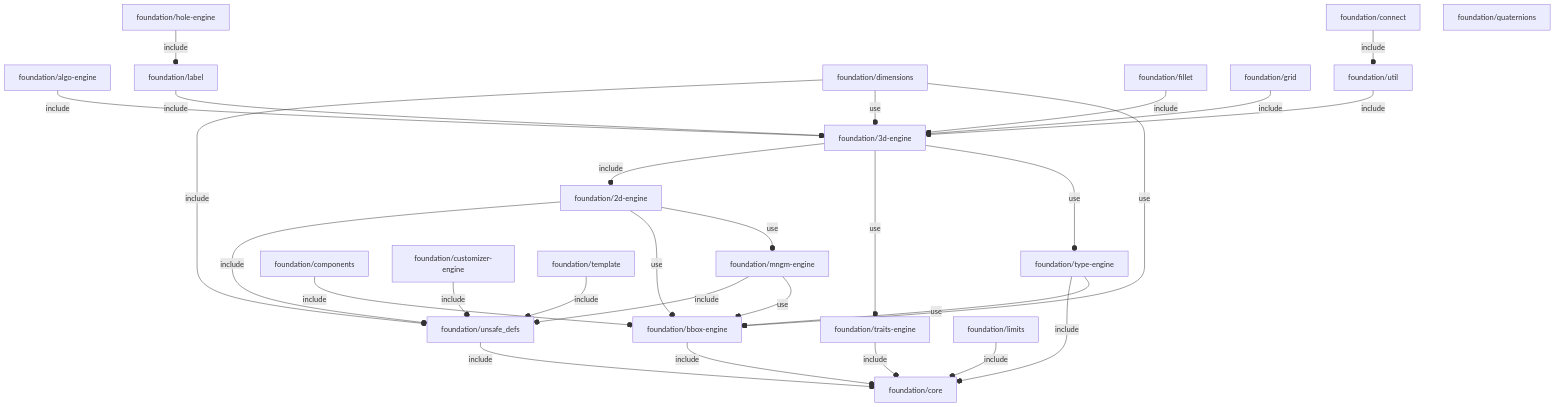
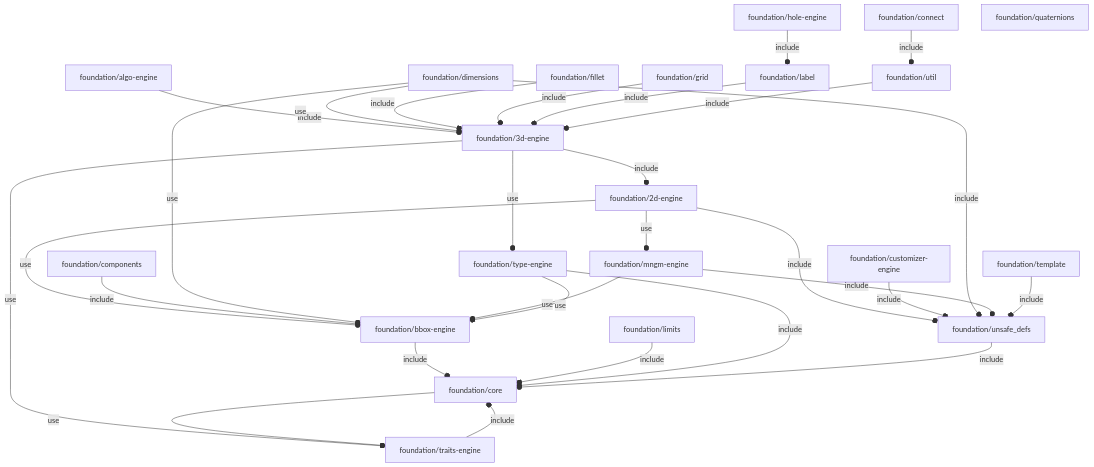
One commit to ggabbiani/OFL changed the diagram in orthodocs/foundation/deps.md. Above: the diagram before and after it, drawn with Mermaid. The commit also changed 18 other files, not shown here.

````diff
--- a/orthodocs/foundation/deps.md
+++ b/orthodocs/foundation/deps.md
@@ -3,32 +3,32 @@
 ```mermaid
 graph TD
     A1[foundation/2d-engine] --o|include| A2[foundation/unsafe_defs]
     A1 --o|use| A3[foundation/bbox-engine]
     A1 --o|use| A4[foundation/mngm-engine]
     A5[foundation/3d-engine] --o|include| A1
     A5 --o|use| A6[foundation/traits-engine]
     A5 --o|use| A7[foundation/type-engine]
     A8[foundation/algo-engine] --o|include| A5
     A3 --o|include| A9[foundation/core]
     A10[foundation/components] --o|include| A3
     A11[foundation/connect] --o|include| A12[foundation/util]
-    A9
+    A9 --o|use| A6
     A13[foundation/customizer-engine] --o|include| A2
     A14[foundation/dimensions] --o|include| A2
     A14 --o|use| A5
     A14 --o|use| A3
     A15[foundation/fillet] --o|include| A5
     A16[foundation/grid] --o|include| A5
     A17[foundation/hole-engine] --o|include| A18[foundation/label]
     A18 --o|include| A5
     A19[foundation/limits] --o|include| A9
     A4 --o|include| A2
     A4 --o|use| A3
     A20[foundation/quaternions]
     A21[foundation/template] --o|include| A2
     A6 --o|include| A9
     A7 --o|include| A9
     A7 --o|use| A3
     A2 --o|include| A9
     A12 --o|include| A5
 ```
````
